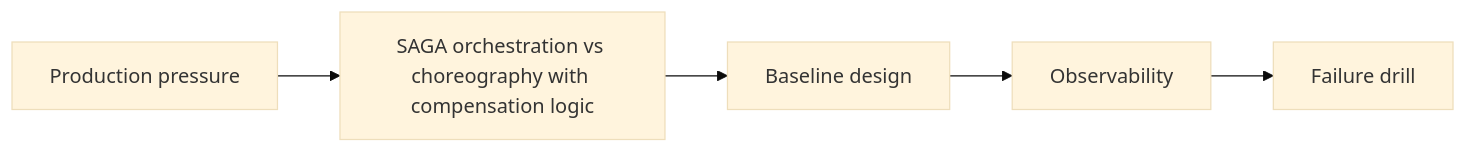
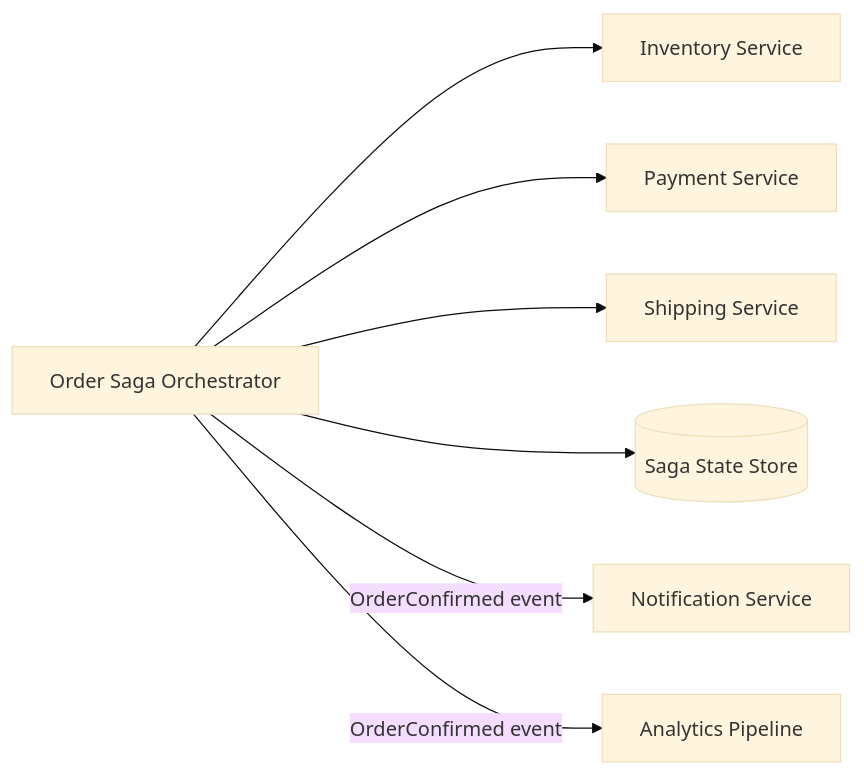
The diagram in _posts/2026-08-05-saga-orchestration-vs-choreography-part-1.md (sandeepbhardwaj/sandeepbhardwaj.github.io), drawn with Mermaid (base theme) before and after one commit. The commit also changed other lines of this file and 113 other files, not shown here.

````diff
--- a/_posts/2026-08-05-saga-orchestration-vs-choreography-part-1.md
+++ b/_posts/2026-08-05-saga-orchestration-vs-choreography-part-1.md
@@ -57,7 +135,10 @@
 ```mermaid
 flowchart LR
-    A[Production pressure] --> B[SAGA orchestration vs choreography with compensation logic]
-    B --> C[Baseline design]
-    C --> D[Observability]
-    D --> E[Failure drill]
+    O[Order Saga Orchestrator] --> I[Inventory Service]
+    O --> P[Payment Service]
+    O --> S[Shipping Service]
+    O --> R[(Saga State Store)]
+
+    O -->|OrderConfirmed event| N[Notification Service]
+    O -->|OrderConfirmed event| A[Analytics Pipeline]
 ```
````
